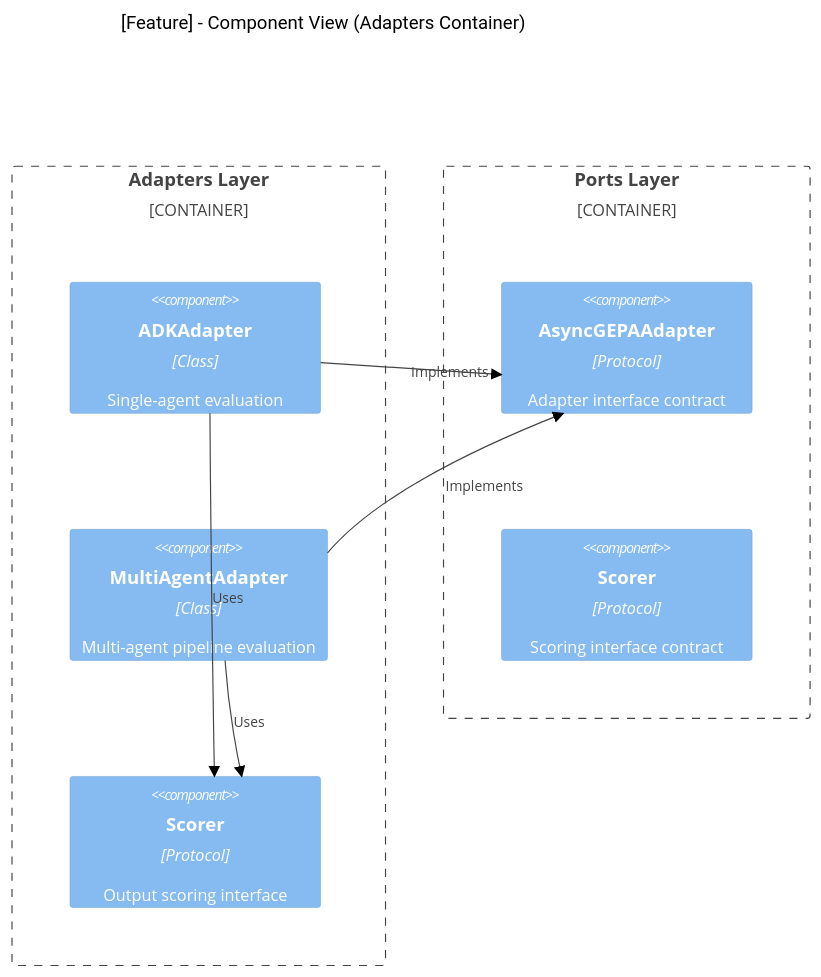
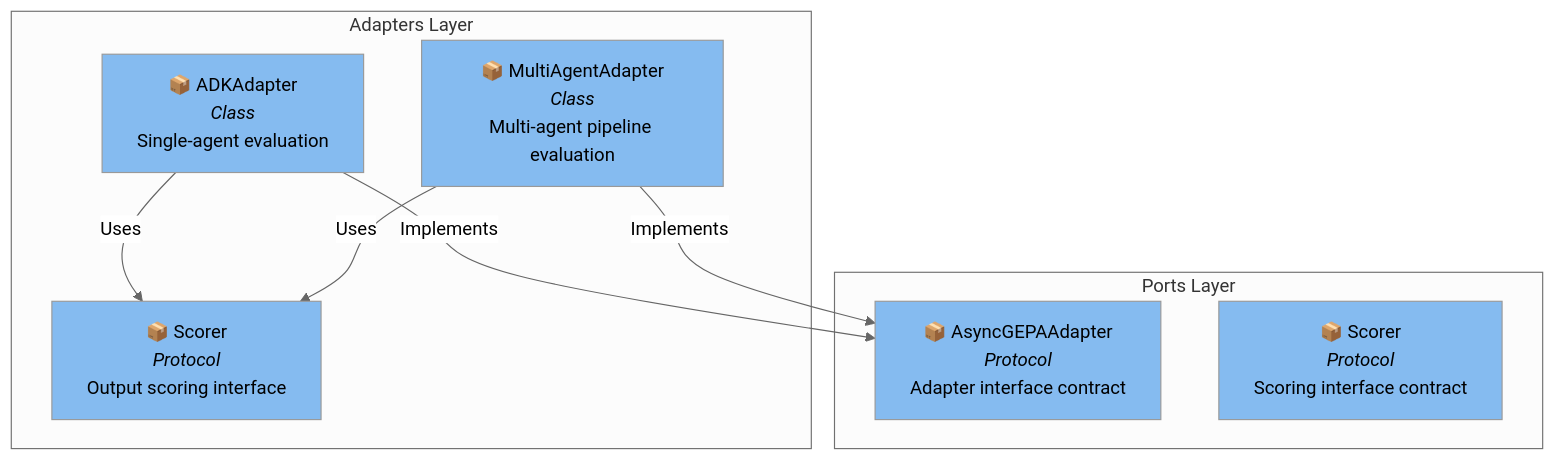
The third of 11 diagrams in .specify/templates/architecture-template.md (Alberto-Codes/gepa-adk), drawn with Mermaid (neutral theme) before and after one commit. The commit also changed other lines of this file, not shown here.

Commit message:
feat(spec): enhance architecture documentation with flowchart diagrams for clarity

````diff
--- a/.specify/templates/architecture-template.md
+++ b/.specify/templates/architecture-template.md
@@ -96,20 +117,24 @@
 ```mermaid
-C4Component
-title [Feature] - Component View (Adapters Container)
+flowchart TB
+    subgraph adapters["Adapters Layer"]
+        adk_adapter["📦 ADKAdapter<br/><i>Class</i><br/>Single-agent evaluation"]
+        multi_adapter["📦 MultiAgentAdapter<br/><i>Class</i><br/>Multi-agent pipeline evaluation"]
+        scorer["📦 Scorer<br/><i>Protocol</i><br/>Output scoring interface"]
+    end
 
-Container_Boundary(adapters, "Adapters Layer") {
-  Component(adk_adapter, "ADKAdapter", "Class", "Single-agent evaluation")
-  Component(multi_adapter, "MultiAgentAdapter", "Class", "Multi-agent pipeline evaluation")
-  Component(scorer, "Scorer", "Protocol", "Output scoring interface")
-}
+    subgraph ports["Ports Layer"]
+        gepa_protocol["📦 AsyncGEPAAdapter<br/><i>Protocol</i><br/>Adapter interface contract"]
+        scorer_protocol["📦 Scorer<br/><i>Protocol</i><br/>Scoring interface contract"]
+    end
 
-Container_Boundary(ports, "Ports Layer") {
-  Component(gepa_protocol, "AsyncGEPAAdapter", "Protocol", "Adapter interface contract")
-  Component(scorer_protocol, "Scorer", "Protocol", "Scoring interface contract")
-}
+    adk_adapter -->|"Implements"| gepa_protocol
+    multi_adapter -->|"Implements"| gepa_protocol
+    adk_adapter -->|"Uses"| scorer
+    multi_adapter -->|"Uses"| scorer
 
-Rel(adk_adapter, gepa_protocol, "Implements")
-Rel(multi_adapter, gepa_protocol, "Implements")
-Rel(adk_adapter, scorer, "Uses")
-Rel(multi_adapter, scorer, "Uses")
+    style adk_adapter fill:#85BBF0,color:#000
+    style multi_adapter fill:#85BBF0,color:#000
+    style scorer fill:#85BBF0,color:#000
+    style gepa_protocol fill:#85BBF0,color:#000
+    style scorer_protocol fill:#85BBF0,color:#000
 ```
````
